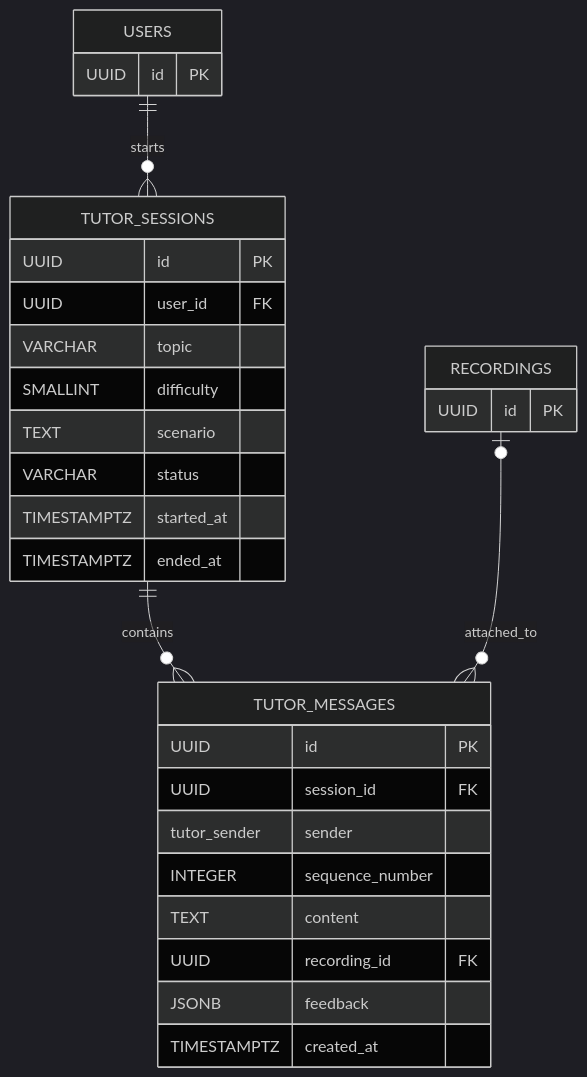
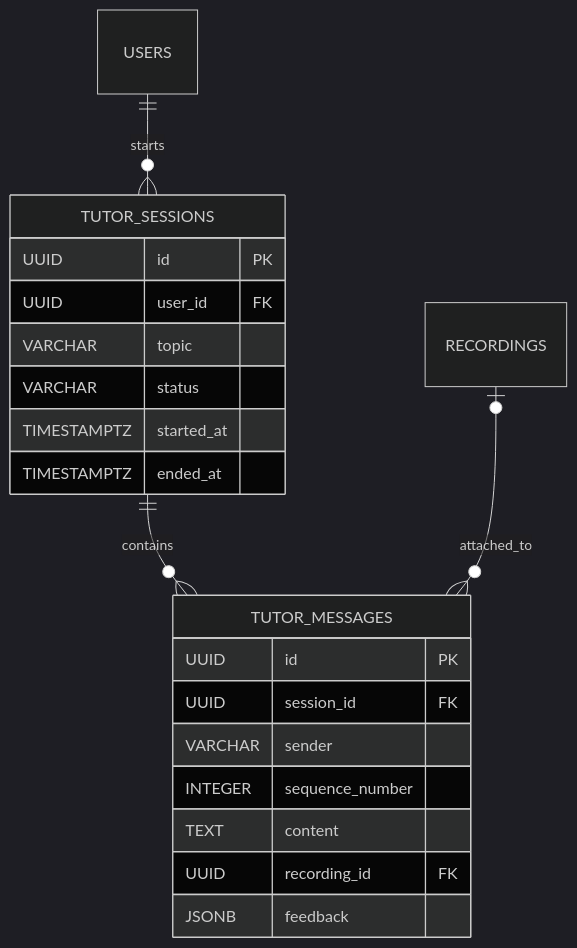
Before and after one commit to mrthinh307/kaiwa-up: the fifth of 6 diagrams in docs/05-database.md, drawn with Mermaid (dark theme). The commit also changed other lines of this file and 29 other files, not shown here.

````diff
--- a/docs/05-database.md
+++ b/docs/05-database.md
@@ -262,33 +182,23 @@
 ```mermaid
 erDiagram
-    USERS {
-        UUID id PK
-    }
-    RECORDINGS {
-        UUID id PK
-    }
+    USERS ||--o{ TUTOR_SESSIONS : starts
+    TUTOR_SESSIONS ||--o{ TUTOR_MESSAGES : contains
+    RECORDINGS o|--o{ TUTOR_MESSAGES : attached_to
     TUTOR_SESSIONS {
         UUID id PK
         UUID user_id FK
         VARCHAR topic
-        SMALLINT difficulty
-        TEXT scenario
         VARCHAR status
         TIMESTAMPTZ started_at
         TIMESTAMPTZ ended_at
     }
     TUTOR_MESSAGES {
         UUID id PK
         UUID session_id FK
-        tutor_sender sender
+        VARCHAR sender
         INTEGER sequence_number
         TEXT content
         UUID recording_id FK
         JSONB feedback
-        TIMESTAMPTZ created_at
     }
-
-    USERS ||--o{ TUTOR_SESSIONS : starts
-    TUTOR_SESSIONS ||--o{ TUTOR_MESSAGES : contains
-    RECORDINGS o|--o{ TUTOR_MESSAGES : attached_to
 ```
````
